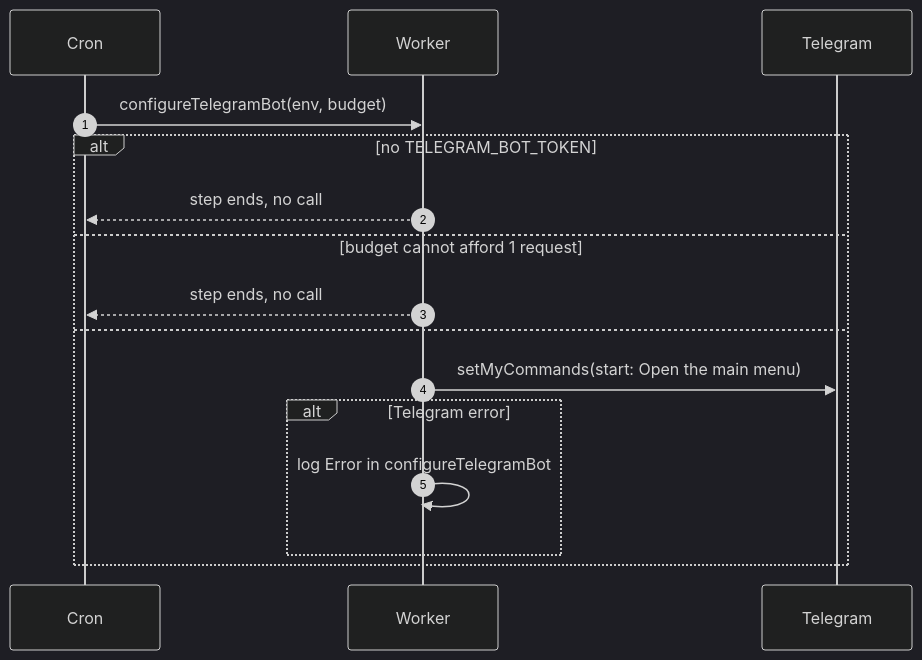
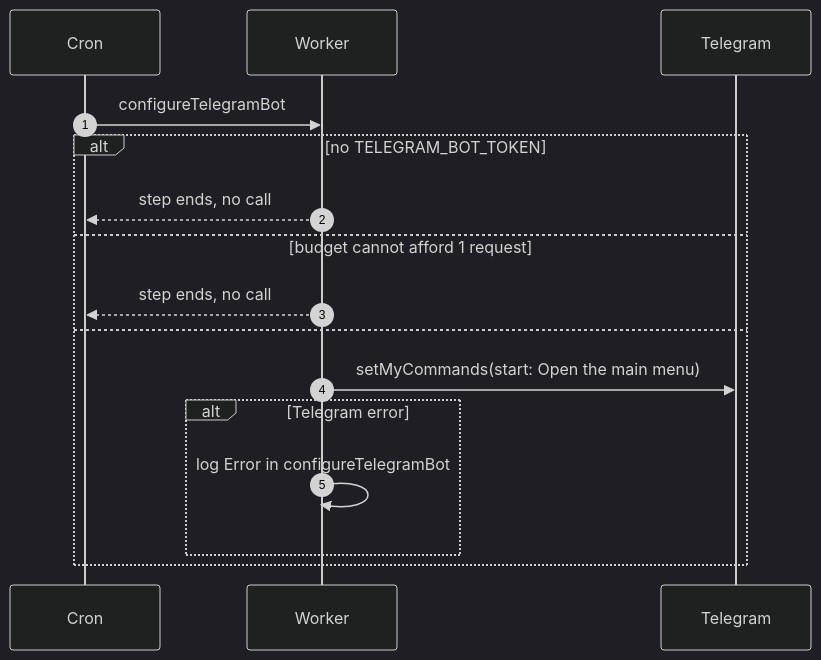
Before and after one commit to sagyzdop/meriksirat: the diagram in docs/scenarios/cron/albums-and-housekeeping/bot-menu.md, drawn with Mermaid (dark theme). The commit also changed 10 other files, not shown here.

Commit message:
docs(scenarios): verify cron albums-and-housekeeping diagrams against code

````diff
--- a/docs/scenarios/cron/albums-and-housekeeping/bot-menu.md
+++ b/docs/scenarios/cron/albums-and-housekeeping/bot-menu.md
@@ -23,18 +23,18 @@
 ```mermaid
 sequenceDiagram
     autonumber
     participant Cron
     participant Worker
     participant Telegram
-    Cron->>Worker: configureTelegramBot(env, budget)
+    Cron->>Worker: configureTelegramBot
     alt no TELEGRAM_BOT_TOKEN
         Worker-->>Cron: step ends, no call
     else budget cannot afford 1 request
         Worker-->>Cron: step ends, no call
     else
         Worker->>Telegram: setMyCommands(start: Open the main menu)
         alt Telegram error
             Worker->>Worker: log Error in configureTelegramBot
         end
     end
 ```
````
